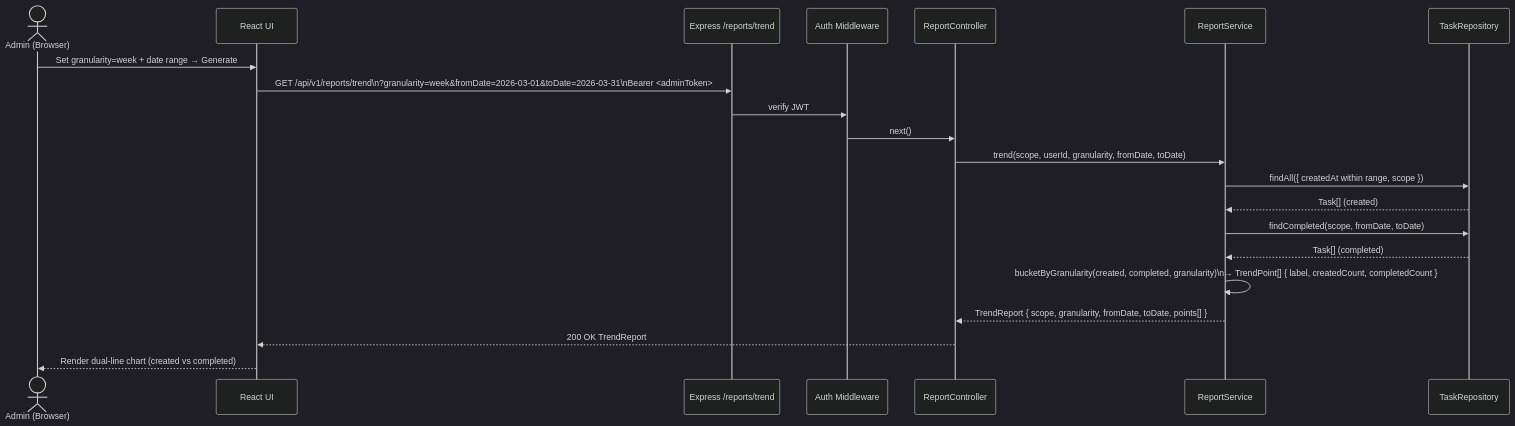
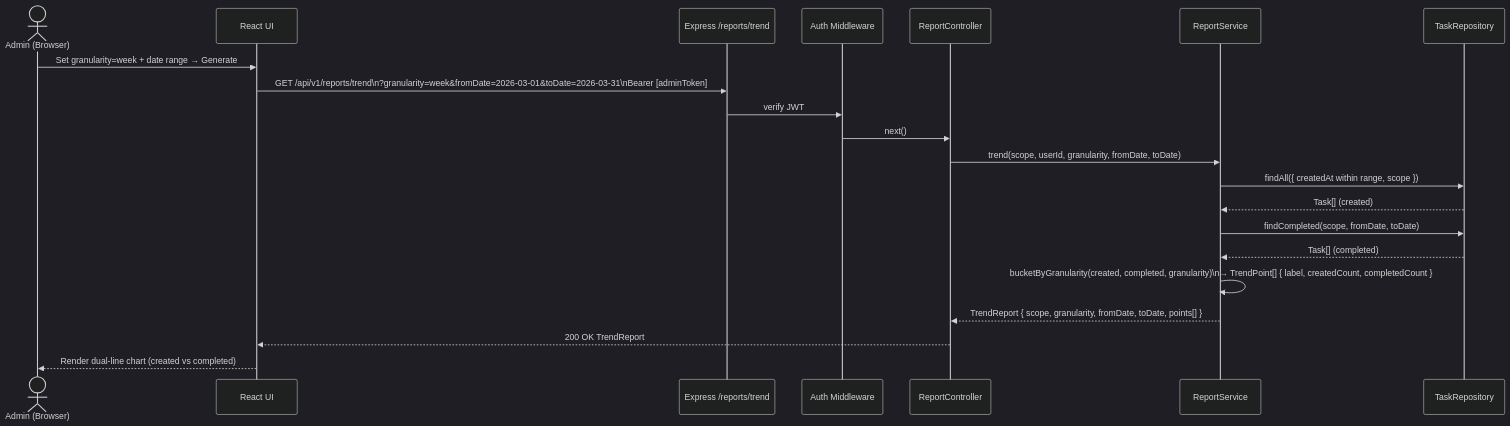
One commit to vijaynvb/ellucian_ghc3 changed diagram 17 of 17 in software-architecture.md. Above: the diagram before and after it, drawn with Mermaid (dark theme). The commit also changed other lines of this file and 14285 other files, not shown here.

````diff
--- a/software-architecture.md
+++ b/software-architecture.md
@@ -895,24 +903,24 @@
 ```mermaid
 sequenceDiagram
     actor Admin as Admin (Browser)
     participant UI as React UI
     participant API as Express /reports/trend
     participant AuthMW as Auth Middleware
     participant RC as ReportController
     participant RS as ReportService
     participant TR as TaskRepository
 
     Admin->>UI: Set granularity=week + date range → Generate
-    UI->>API: GET /api/v1/reports/trend\n?granularity=week&fromDate=2026-03-01&toDate=2026-03-31\nBearer <adminToken>
+    UI->>API: GET /api/v1/reports/trend\n?granularity=week&fromDate=2026-03-01&toDate=2026-03-31\nBearer [adminToken]
     API->>AuthMW: verify JWT
     AuthMW->>RC: next()
     RC->>RS: trend(scope, userId, granularity, fromDate, toDate)
     RS->>TR: findAll({ createdAt within range, scope })
     TR-->>RS: Task[] (created)
     RS->>TR: findCompleted(scope, fromDate, toDate)
     TR-->>RS: Task[] (completed)
     RS->>RS: bucketByGranularity(created, completed, granularity)\n→ TrendPoint[]  { label, createdCount, completedCount }
     RS-->>RC: TrendReport { scope, granularity, fromDate, toDate, points[] }
     RC-->>UI: 200 OK TrendReport
     UI-->>Admin: Render dual-line chart (created vs completed)
 ```
````
